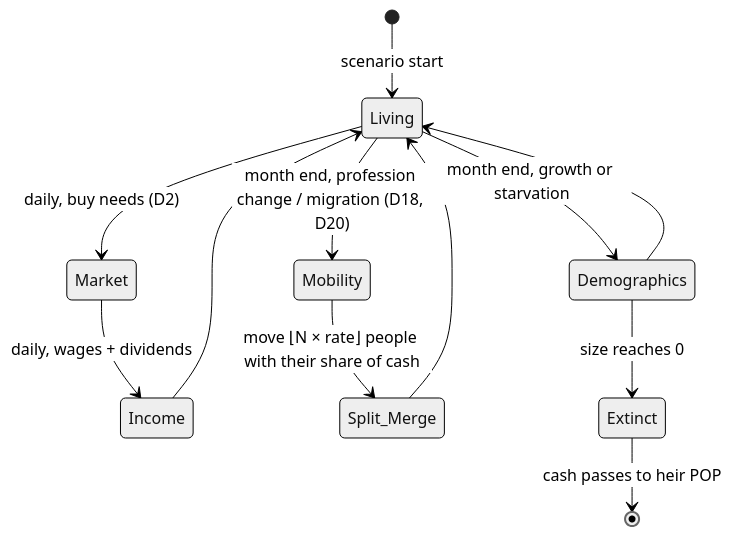
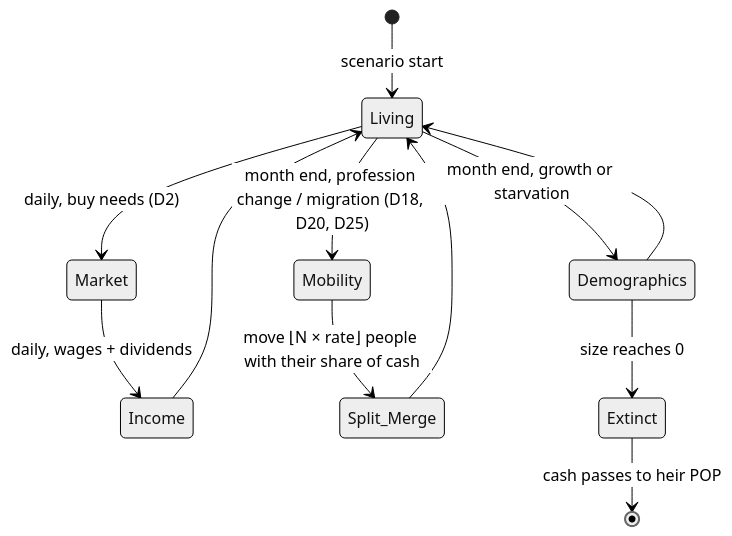
The first of 2 diagrams in docs/POP_SYSTEM.md (thomasclarkpersonal-sketch/Iron-and-Blood), drawn with Mermaid (neutral theme) before and after one commit. The commit also changed other lines of this file and 20 other files, not shown here.

````diff
--- a/docs/POP_SYSTEM.md
+++ b/docs/POP_SYSTEM.md
@@ -38,14 +51,14 @@
 ```mermaid
 stateDiagram-v2
     [*] --> Living : scenario start
     Living --> Market : daily, buy needs (D2)
     Market --> Income : daily, wages + dividends
     Income --> Living
-    Living --> Mobility : month end, profession change / migration (D18, D20)
+    Living --> Mobility : month end, profession change / migration (D18, D20, D25)
     Mobility --> Split_Merge : move ⌊N × rate⌋ people with their share of cash
     Split_Merge --> Living
     Living --> Demographics : month end, growth or starvation
     Demographics --> Living
     Demographics --> Extinct : size reaches 0
     Extinct --> [*] : cash passes to heir POP
 ```
````
